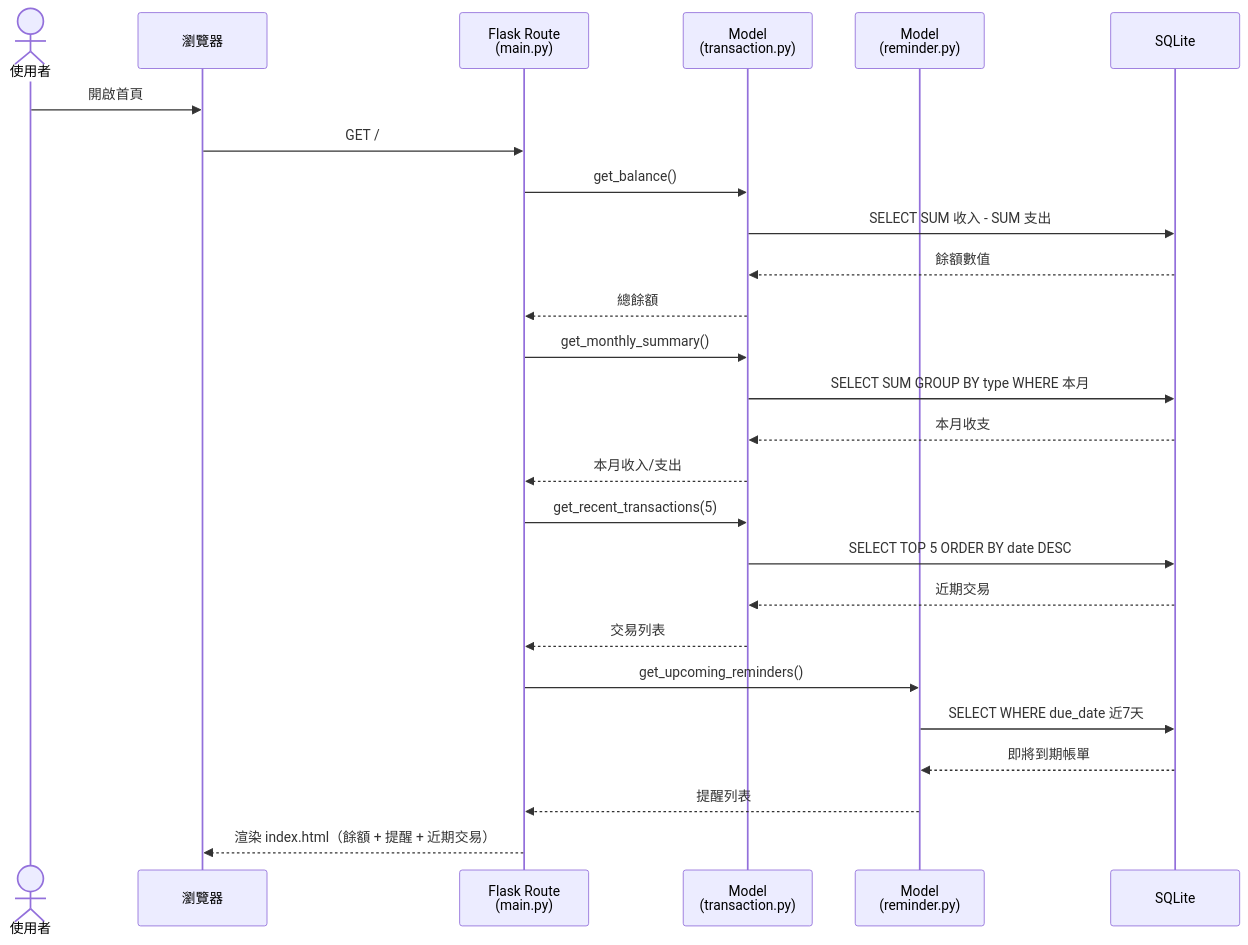
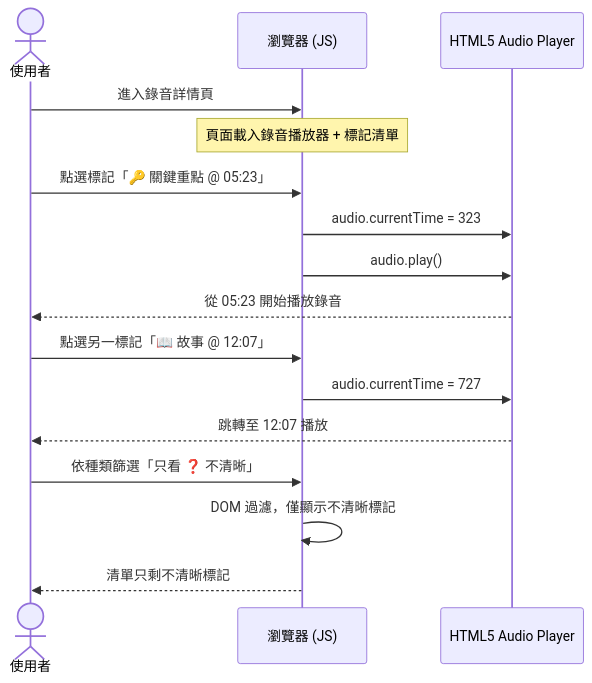
The fourth of 7 diagrams in docs/FLOWCHART.md (d1445196-colla/web_app), drawn with Mermaid before and after one commit. The commit also changed other lines of this file and 19 other files, not shown here.

Commit message:
feat: add all design docs, database schema, models, route skeletons and templates

````diff
--- a/docs/FLOWCHART.md
+++ b/docs/FLOWCHART.md
@@ -153,34 +185,22 @@
 ```mermaid
 sequenceDiagram
     actor User as 使用者
-    participant Browser as 瀏覽器
-    participant Route as Flask Route<br>(main.py)
-    participant TxnModel as Model<br>(transaction.py)
-    participant RemModel as Model<br>(reminder.py)
-    participant DB as SQLite
+    participant Browser as 瀏覽器 (JS)
+    participant Audio as HTML5 Audio Player
 
-    User->>Browser: 開啟首頁
-    Browser->>Route: GET /
+    User->>Browser: 進入錄音詳情頁
+    Note over Browser: 頁面載入錄音播放器 + 標記清單
 
-    Route->>TxnModel: get_balance()
-    TxnModel->>DB: SELECT SUM 收入 - SUM 支出
-    DB-->>TxnModel: 餘額數值
-    TxnModel-->>Route: 總餘額
+    User->>Browser: 點選標記「🔑 關鍵重點 @ 05:23」
+    Browser->>Audio: audio.currentTime = 323
+    Browser->>Audio: audio.play()
+    Audio-->>User: 從 05:23 開始播放錄音
 
-    Route->>TxnModel: get_monthly_summary()
-    TxnModel->>DB: SELECT SUM GROUP BY type WHERE 本月
-    DB-->>TxnModel: 本月收支
-    TxnModel-->>Route: 本月收入/支出
+    User->>Browser: 點選另一標記「📖 故事 @ 12:07」
+    Browser->>Audio: audio.currentTime = 727
+    Audio-->>User: 跳轉至 12:07 播放
 
-    Route->>TxnModel: get_recent_transactions(5)
-    TxnModel->>DB: SELECT TOP 5 ORDER BY date DESC
-    DB-->>TxnModel: 近期交易
-    TxnModel-->>Route: 交易列表
-
-    Route->>RemModel: get_upcoming_reminders()
-    RemModel->>DB: SELECT WHERE due_date 近7天
-    DB-->>RemModel: 即將到期帳單
-    RemModel-->>Route: 提醒列表
-
-    Route-->>Browser: 渲染 index.html（餘額 + 提醒 + 近期交易）
+    User->>Browser: 依種類篩選「只看 ❓ 不清晰」
+    Browser->>Browser: DOM 過濾，僅顯示不清晰標記
+    Browser-->>User: 清單只剩不清晰標記
 ```
````
